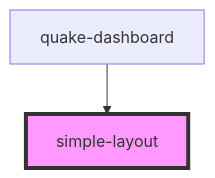
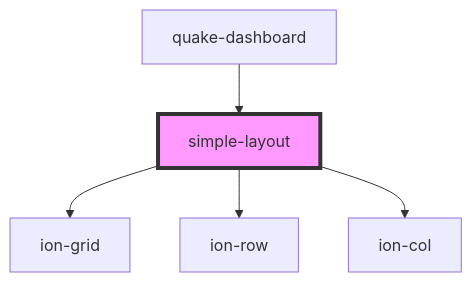
The diagram in quake_webapp/dashboard/src/components/simple-layout/readme.md (phodal/quake), drawn with Mermaid before and after one commit. The commit also changed other lines of this file and 7 other files, not shown here.

````diff
--- a/quake_webapp/dashboard/src/components/simple-layout/readme.md
+++ b/quake_webapp/dashboard/src/components/simple-layout/readme.md
@@ -22,5 +28,8 @@
 ```mermaid
 graph TD;
+  simple-layout --> ion-grid
+  simple-layout --> ion-row
+  simple-layout --> ion-col
   quake-dashboard --> simple-layout
   style simple-layout fill:#f9f,stroke:#333,stroke-width:4px
 ```
````
